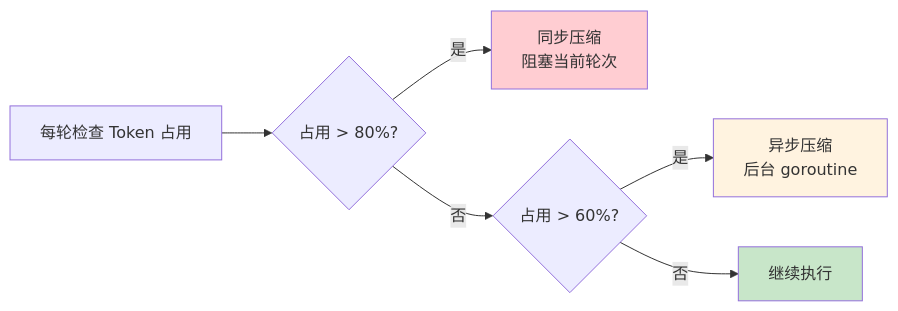
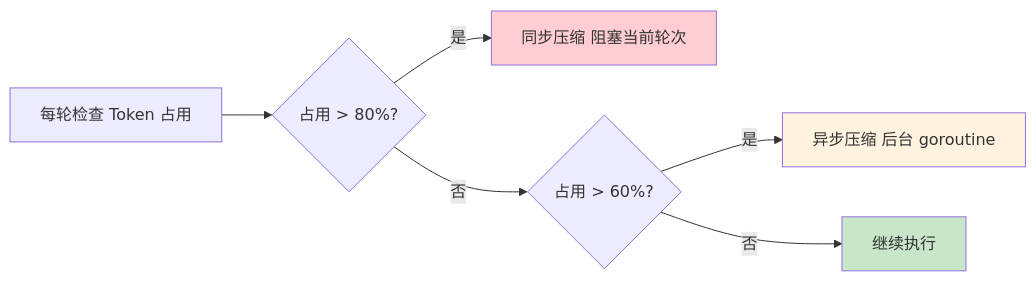
The eighth of 12 diagrams in doc/bundles/jishu/ai/products/open-code-review/concepts/01-architecture.md (awesome-flexloop/awesome-okf), drawn with Mermaid before and after one commit. The commit also changed other lines of this file and 10 other files, not shown here.

First line of the commit message:
docs(bundle): 清偿 Open Code Review 存量 Mermaid 违规避免规范漂移累积

````diff
--- a/doc/bundles/jishu/ai/products/open-code-review/concepts/01-architecture.md
+++ b/doc/bundles/jishu/ai/products/open-code-review/concepts/01-architecture.md
@@ -520,12 +508,11 @@
 ```mermaid
 flowchart LR
     Check["每轮检查 Token 占用"] --> Q1{"占用 > 80%?"}
-    Q1 -->|"是"| Sync["同步压缩<br/>阻塞当前轮次"]
+    Q1 -->|"是"| Sync["同步压缩 阻塞当前轮次"]
     Q1 -->|"否"| Q2{"占用 > 60%?"}
-    Q2 -->|"是"| Async["异步压缩<br/>后台 goroutine"]
+    Q2 -->|"是"| Async["异步压缩 后台 goroutine"]
     Q2 -->|"否"| Pass["继续执行"]
-
     style Sync fill:#ffcdd2
     style Async fill:#fff3e0
     style Pass fill:#c8e6c9
 ```
````
